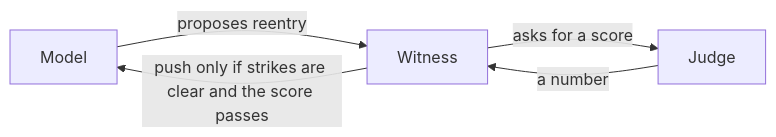
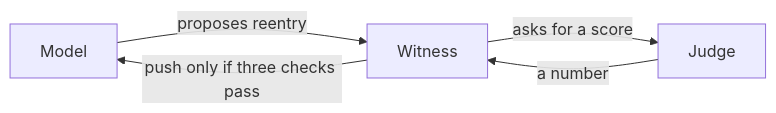
The second of 2 diagrams in README.md (RogerWillko/witness-ledger), drawn with Mermaid before and after one commit. The commit also changed other lines of this file and 3 other files, not shown here.

````diff
--- a/README.md
+++ b/README.md
@@ -30,7 +28,7 @@
 ```mermaid
 flowchart LR
   Model -->|proposes reentry| Witness
   Witness -->|asks for a score| Judge
   Judge -->|a number| Witness
-  Witness -->|push only if strikes are clear and the score passes| Model
+  Witness -->|push only if three checks pass| Model
 ```
````
